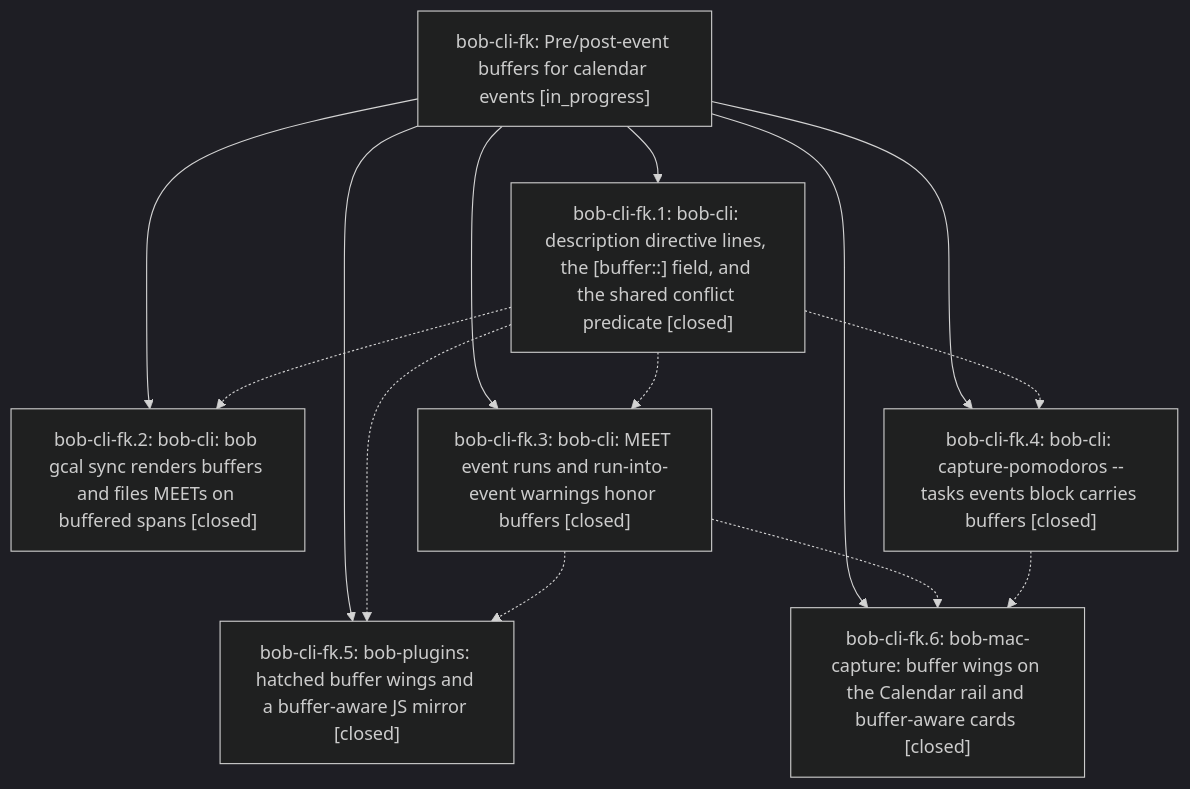
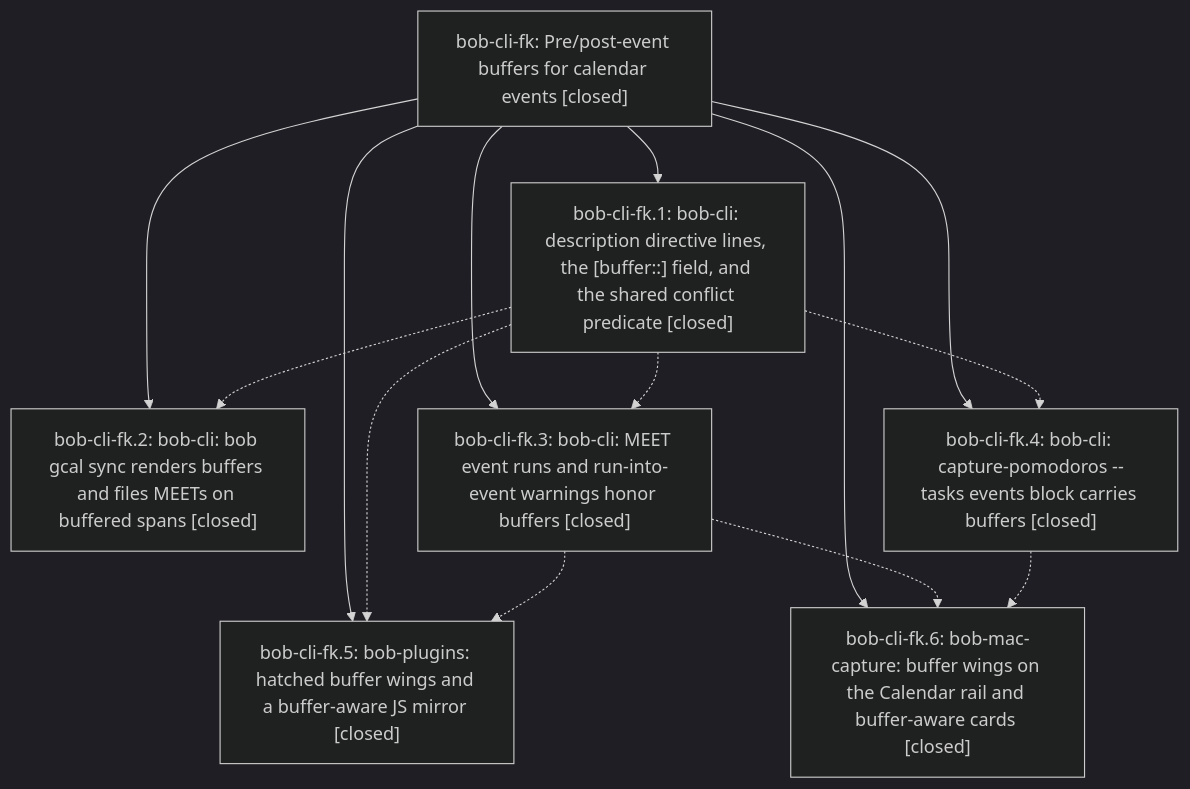
One commit to bobs-org/bob-cli--beads changed the diagram in pages/bob-cli-fk/README.md. Above: the diagram before and after it, drawn with Mermaid (dark theme). The commit also changed other lines of this file and 4 other files, not shown here.

First line of the commit message:
chore(beads): sync bead state and pages for bob-cli-fk

````diff
--- a/pages/bob-cli-fk/README.md
+++ b/pages/bob-cli-fk/README.md
@@ -39,23 +53,23 @@
 ```mermaid
 flowchart TD
-    n0["bob-cli-fk: Pre/post-event buffers for calendar events [in_progress]"]
+    n0["bob-cli-fk: Pre/post-event buffers for calendar events [closed]"]
     n1["bob-cli-fk.1: bob-cli: description directive lines, the [buffer::] field, and the shared conflict predicate [closed]"]
     n2["bob-cli-fk.2: bob-cli: bob gcal sync renders buffers and files MEETs on buffered spans [closed]"]
     n3["bob-cli-fk.3: bob-cli: MEET event runs and run-into-event warnings honor buffers [closed]"]
     n4["bob-cli-fk.4: bob-cli: capture-pomodoros --tasks events block carries buffers [closed]"]
     n5["bob-cli-fk.5: bob-plugins: hatched buffer wings and a buffer-aware JS mirror [closed]"]
     n6["bob-cli-fk.6: bob-mac-capture: buffer wings on the Calendar rail and buffer-aware cards [closed]"]
     n0 --> n1
     n0 --> n2
     n0 --> n3
     n0 --> n4
     n0 --> n5
     n0 --> n6
     n1 -.-> n2
     n1 -.-> n3
     n1 -.-> n4
     n1 -.-> n5
     n3 -.-> n5
     n3 -.-> n6
     n4 -.-> n6
 ```
````
